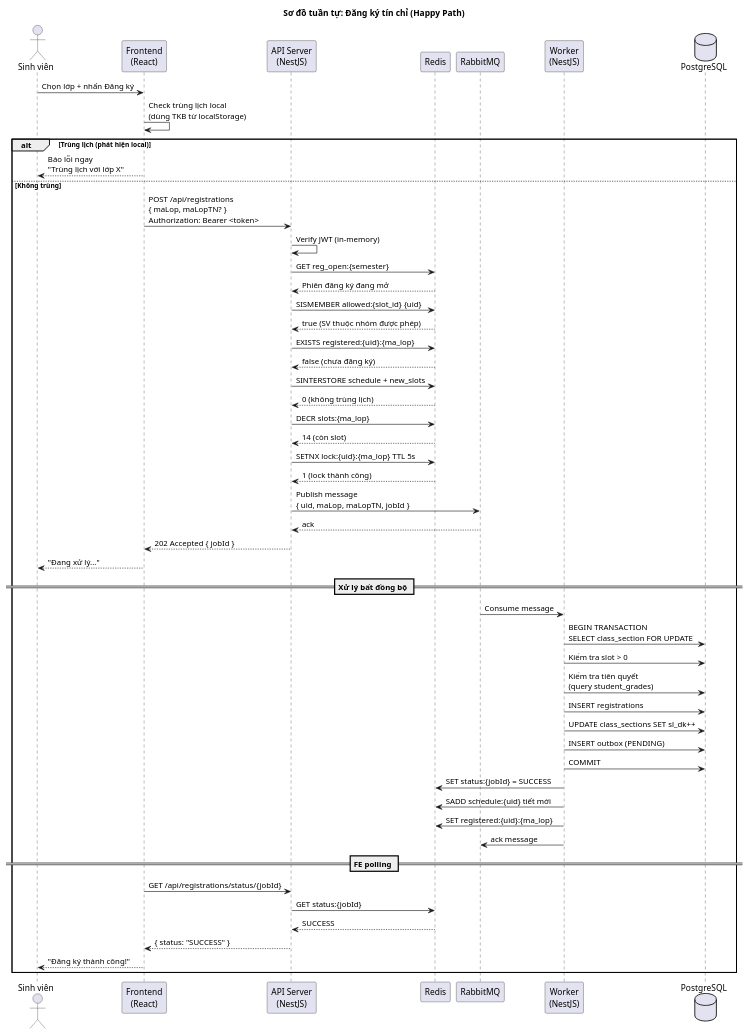
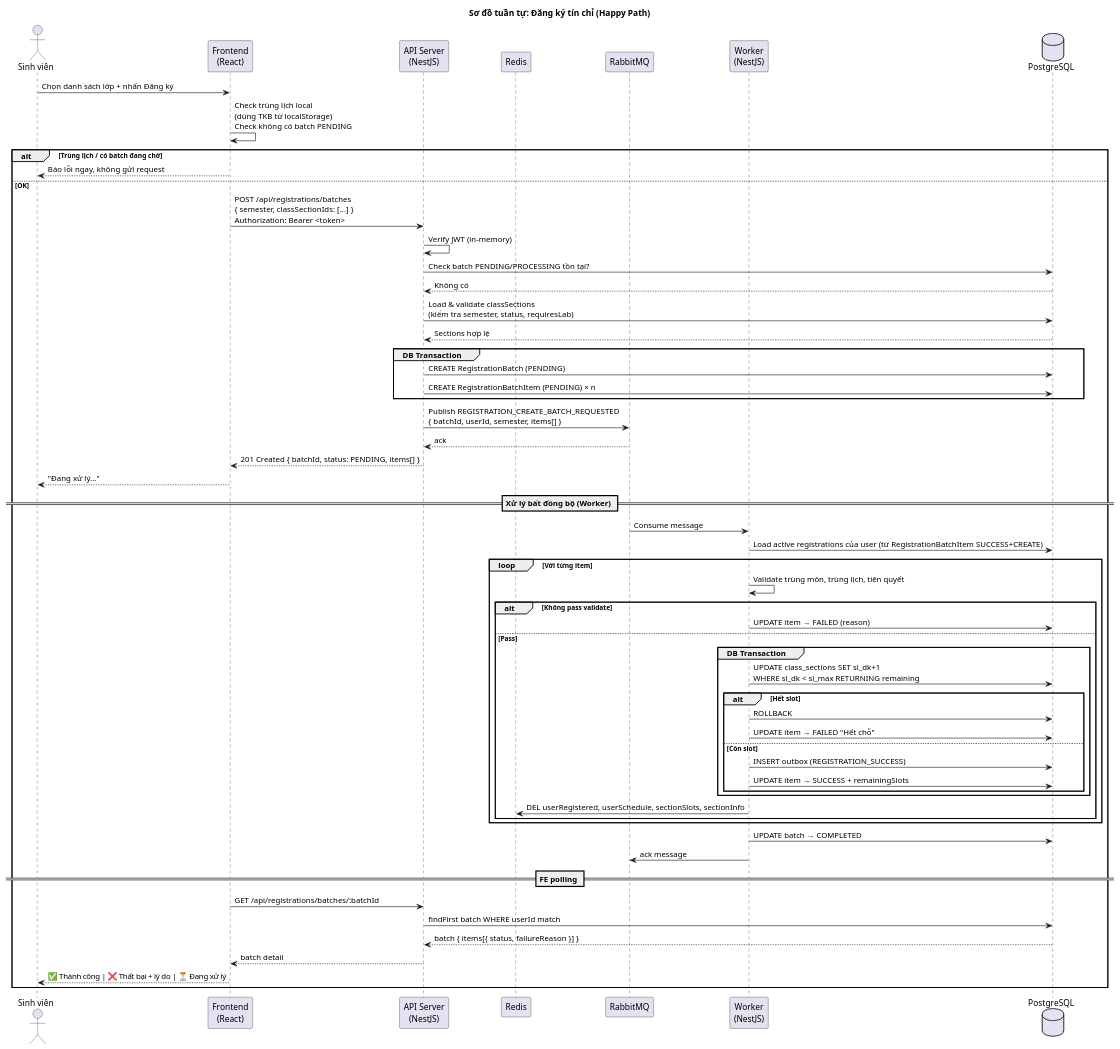
The third of 8 diagrams in docs/doc/sequence-diagrams.md (huyhuyqazwsx/do_an_tot_nghiep), drawn with PlantUML before and after one commit. The commit also changed other lines of this file and 99 other files, not shown here.

First line of the commit message:
feat: refactor architecture, add scheduler app and mail module

````diff
--- a/docs/doc/sequence-diagrams.md
+++ b/docs/doc/sequence-diagrams.md
@@ -84,74 +84,78 @@
 ```plantuml
 @startuml SD_DangKy
 title Sơ đồ tuần tự: Đăng ký tín chỉ (Happy Path)
 
 actor "Sinh viên" as SV
 participant "Frontend\n(React)" as FE
 participant "API Server\n(NestJS)" as API
 participant "Redis" as Redis
 participant "RabbitMQ" as MQ
 participant "Worker\n(NestJS)" as Worker
 database "PostgreSQL" as DB
 
-SV -> FE : Chọn lớp + nhấn Đăng ký
+SV -> FE : Chọn danh sách lớp + nhấn Đăng ký
 
-FE -> FE : Check trùng lịch local\n(dùng TKB từ localStorage)
+FE -> FE : Check trùng lịch local\n(dùng TKB từ localStorage)\nCheck không có batch PENDING
 
-alt Trùng lịch (phát hiện local)
-    FE --> SV : Báo lỗi ngay\n"Trùng lịch với lớp X"
-else Không trùng
-    FE -> API : POST /api/registrations\n{ maLop, maLopTN? }\nAuthorization: Bearer <token>
+alt Trùng lịch / có batch đang chờ
+    FE --> SV : Báo lỗi ngay, không gửi request
+else OK
+    FE -> API : POST /api/registrations/batches\n{ semester, classSectionIds: [...] }\nAuthorization: Bearer <token>
 
     API -> API : Verify JWT (in-memory)
+    API -> DB : Check batch PENDING/PROCESSING tồn tại?
+    DB --> API : Không có
 
-    API -> Redis : GET reg_open:{semester}
-    Redis --> API : Phiên đăng ký đang mở
+    API -> DB : Load & validate classSections\n(kiểm tra semester, status, requiresLab)
+    DB --> API : Sections hợp lệ
 
-    API -> Redis : SISMEMBER allowed:{slot_id} {uid}
-    Redis --> API : true (SV thuộc nhóm được phép)
+    group DB Transaction
+        API -> DB : CREATE RegistrationBatch (PENDING)
+        API -> DB : CREATE RegistrationBatchItem (PENDING) × n
+    end
 
-    API -> Redis : EXISTS registered:{uid}:{ma_lop}
-    Redis --> API : false (chưa đăng ký)
-
-    API -> Redis : SINTERSTORE schedule + new_slots
-    Redis --> API : 0 (không trùng lịch)
-
-    API -> Redis : DECR slots:{ma_lop}
-    Redis --> API : 14 (còn slot)
-
-    API -> Redis : SETNX lock:{uid}:{ma_lop} TTL 5s
-    Redis --> API : 1 (lock thành công)
-
-    API -> MQ : Publish message\n{ uid, maLop, maLopTN, jobId }
+    API -> MQ : Publish REGISTRATION_CREATE_BATCH_REQUESTED\n{ batchId, userId, semester, items[] }
     MQ --> API : ack
 
-    API --> FE : 202 Accepted { jobId }
+    API --> FE : 201 Created { batchId, status: PENDING, items[] }
     FE --> SV : "Đang xử lý..."
 
-    == Xử lý bất đồng bộ ==
+    == Xử lý bất đồng bộ (Worker) ==
 
     MQ -> Worker : Consume message
-    Worker -> DB : BEGIN TRANSACTION\nSELECT class_section FOR UPDATE
-    Worker -> DB : Kiểm tra slot > 0
-    Worker -> DB : Kiểm tra tiên quyết\n(query student_grades)
-    Worker -> DB : INSERT registrations
-    Worker -> DB : UPDATE class_sections SET sl_dk++
-    Worker -> DB : INSERT outbox (PENDING)
-    Worker -> DB : COMMIT
+    Worker -> DB : Load active registrations của user (từ RegistrationBatchItem SUCCESS+CREATE)
 
-    Worker -> Redis : SET status:{jobId} = SUCCESS
-    Worker -> Redis : SADD schedule:{uid} tiết mới
-    Worker -> Redis : SET registered:{uid}:{ma_lop}
+    loop Với từng item
+        Worker -> Worker : Validate trùng môn, trùng lịch, tiên quyết
+
+        alt Không pass validate
+            Worker -> DB : UPDATE item → FAILED (reason)
+        else Pass
+            group DB Transaction
+                Worker -> DB : UPDATE class_sections SET sl_dk+1\nWHERE sl_dk < sl_max RETURNING remaining
+                alt Hết slot
+                    Worker -> DB : ROLLBACK
+                    Worker -> DB : UPDATE item → FAILED "Hết chỗ"
+                else Còn slot
+                    Worker -> DB : INSERT outbox (REGISTRATION_SUCCESS)
+                    Worker -> DB : UPDATE item → SUCCESS + remainingSlots
+                end
+            end
+            Worker -> Redis : DEL userRegistered, userSchedule, sectionSlots, sectionInfo
+        end
+    end
+
+    Worker -> DB : UPDATE batch → COMPLETED
     Worker -> MQ : ack message
 
     == FE polling ==
 
-    FE -> API : GET /api/registrations/status/{jobId}
-    API -> Redis : GET status:{jobId}
-    Redis --> API : SUCCESS
-    API --> FE : { status: "SUCCESS" }
-    FE --> SV : "Đăng ký thành công!"
+    FE -> API : GET /api/registrations/batches/:batchId
+    API -> DB : findFirst batch WHERE userId match
+    DB --> API : batch { items[{ status, failureReason }] }
+    API --> FE : batch detail
+    FE --> SV : ✅ Thành công | ❌ Thất bại + lý do | ⏳ Đang xử lý
 end
 
 @enduml
 ```
````
